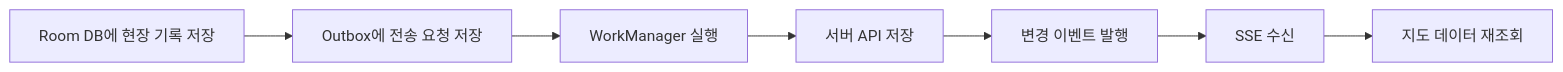
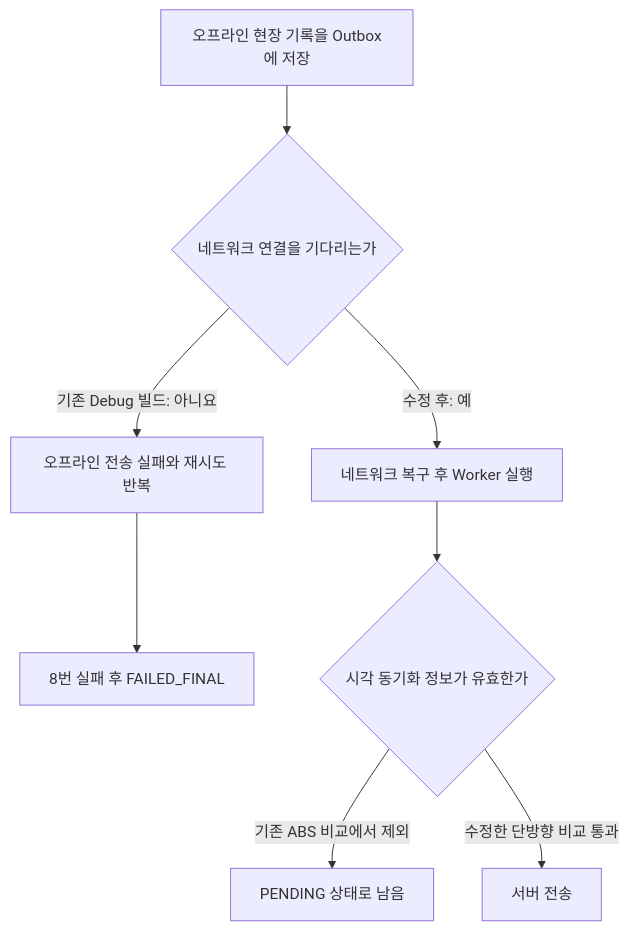
Before and after one commit to sonic8-8/suri-map: the diagram in docs/issues/offline-record-replay-delay.md, drawn with Mermaid. The commit also changed other lines of this file and 9 other files, not shown here.

````diff
--- a/docs/issues/offline-record-replay-delay.md
+++ b/docs/issues/offline-record-replay-delay.md
@@ -11,9 +23,10 @@
 ```mermaid
-flowchart LR
-    A[Room DB에 현장 기록 저장] --> B[Outbox에 전송 요청 저장]
-    B --> C[WorkManager 실행]
-    C --> D[서버 API 저장]
-    D --> E[변경 이벤트 발행]
-    E --> F[SSE 수신]
-    F --> G[지도 데이터 재조회]
+flowchart TD
+    A[오프라인 현장 기록을 Outbox에 저장] --> B{네트워크 연결을 기다리는가}
+    B -->|기존 Debug 빌드: 아니요| C[오프라인 전송 실패와 재시도 반복]
+    C --> D[8번 실패 후 FAILED_FINAL]
+    B -->|수정 후: 예| E[네트워크 복구 후 Worker 실행]
+    E --> F{시각 동기화 정보가 유효한가}
+    F -->|기존 ABS 비교에서 제외| G[PENDING 상태로 남음]
+    F -->|수정한 단방향 비교 통과| H[서버 전송]
 ```
````
